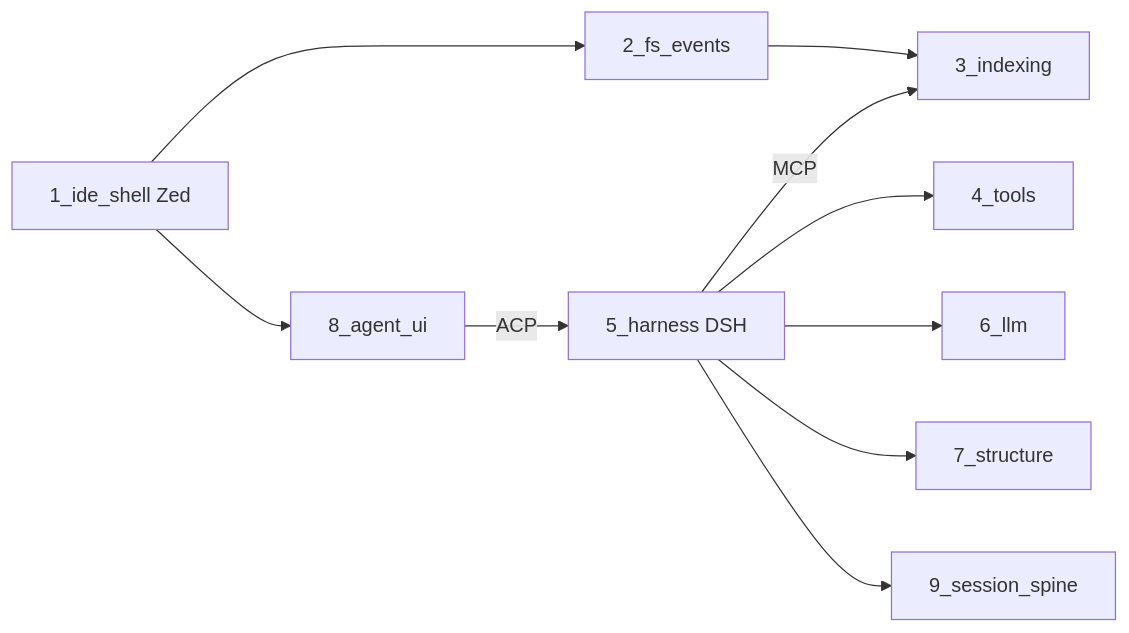
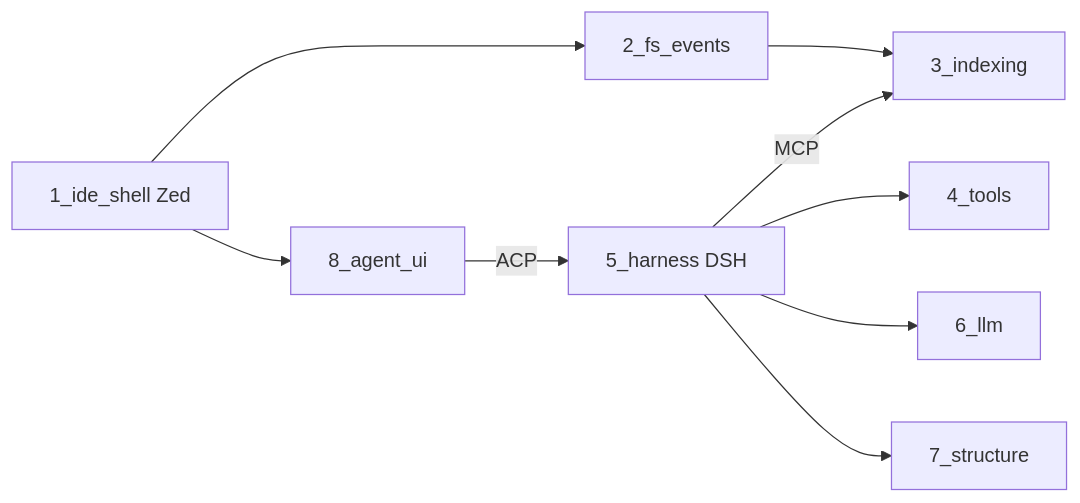
The second of 2 diagrams in docs/product/totaalproduct.md (Lennaertds/cardine), drawn with Mermaid before and after one commit. The commit also changed other lines of this file and 14 other files, not shown here.

Commit message:
Keuze session-spine + Structure

````diff
--- a/docs/product/totaalproduct.md
+++ b/docs/product/totaalproduct.md
@@ -65,12 +65,11 @@
 ```mermaid
 flowchart LR
   ide["1_ide_shell Zed"] --> fs[2_fs_events]
   ide --> ui[8_agent_ui]
   ui -->|"ACP"| harness[5_harness DSH]
   fs --> idx[3_indexing]
   harness --> tools[4_tools]
   harness --> llm[6_llm]
   harness -->|"MCP"| idx
   harness --> struct[7_structure]
-  harness --> spine[9_session_spine]
 ```
````
